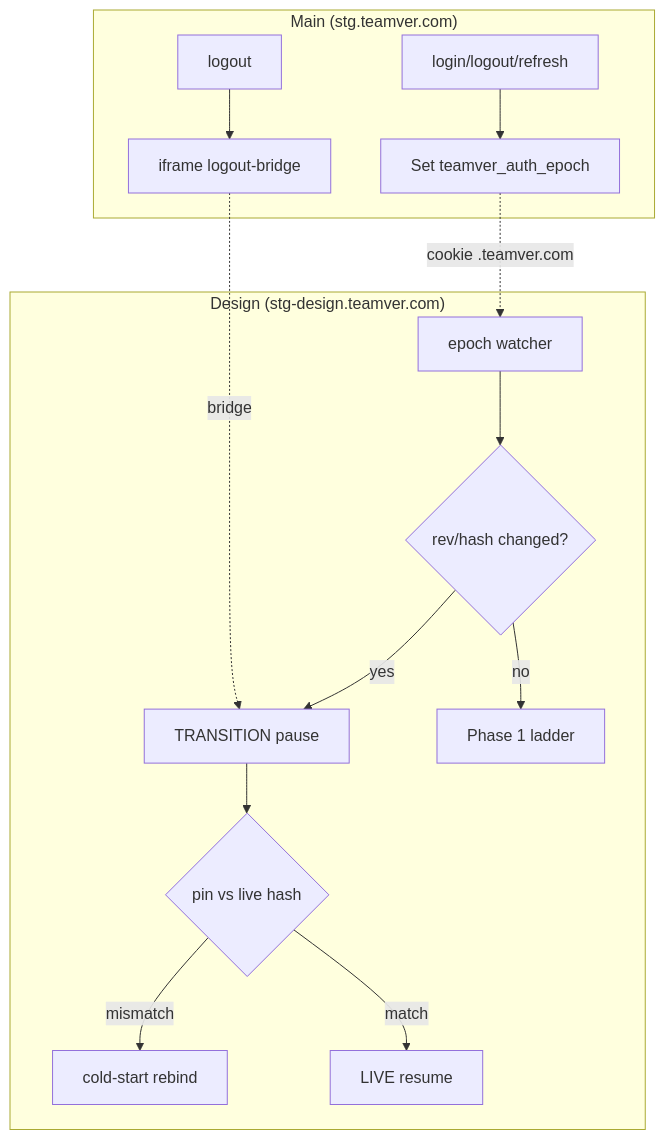
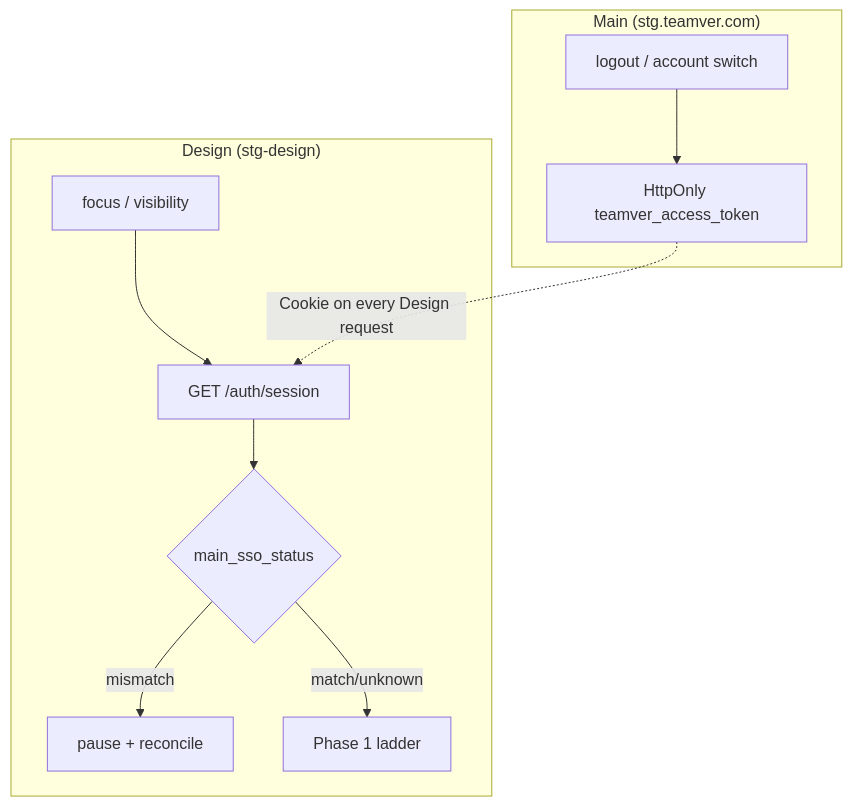
One commit to NeuralStudioKr/ns-open-design changed the second of 2 diagrams in docs-teamver/0825-N01-1-상위기획-[BFF_session-probe_refresh_401_완전해결].md. Above: the diagram before and after it, drawn with Mermaid. The commit also changed other lines of this file and 7 other files, not shown here.

First line of the commit message:
docs(auth): Phase 2 Plan A — session 서버 판정 1순위로 개정

````diff
--- a/docs-teamver/0825-N01-1-상위기획-[BFF_session-probe_refresh_401_완전해결].md
+++ b/docs-teamver/0825-N01-1-상위기획-[BFF_session-probe_refresh_401_완전해결].md
@@ -411,17 +414,13 @@
 ```mermaid
 flowchart TD
+  subgraph Design["Design (stg-design)"]
+    F[focus / visibility] --> S[GET /auth/session]
+    S --> M{main_sso_status}
+    M -->|mismatch| P[pause + reconcile]
+    M -->|match/unknown| L[Phase 1 ladder]
+  end
   subgraph Main["Main (stg.teamver.com)"]
-    M1[login/logout/refresh] --> M2[Set teamver_auth_epoch]
-    M3[logout] --> M4[iframe logout-bridge]
+    ML[logout / account switch] --> MC[HttpOnly teamver_access_token]
   end
-  subgraph Design["Design (stg-design.teamver.com)"]
-    D1[epoch watcher] --> D2{rev/hash changed?}
-    D2 -->|yes| D3[TRANSITION pause]
-    D3 --> D4{pin vs live hash}
-    D4 -->|mismatch| D5[cold-start rebind]
-    D4 -->|match| D6[LIVE resume]
-    D2 -->|no| D7[Phase 1 ladder]
-  end
-  M2 -.->|cookie .teamver.com| D1
-  M4 -.->|bridge| D3
+  MC -.->|Cookie on every Design request| S
 ```
````
